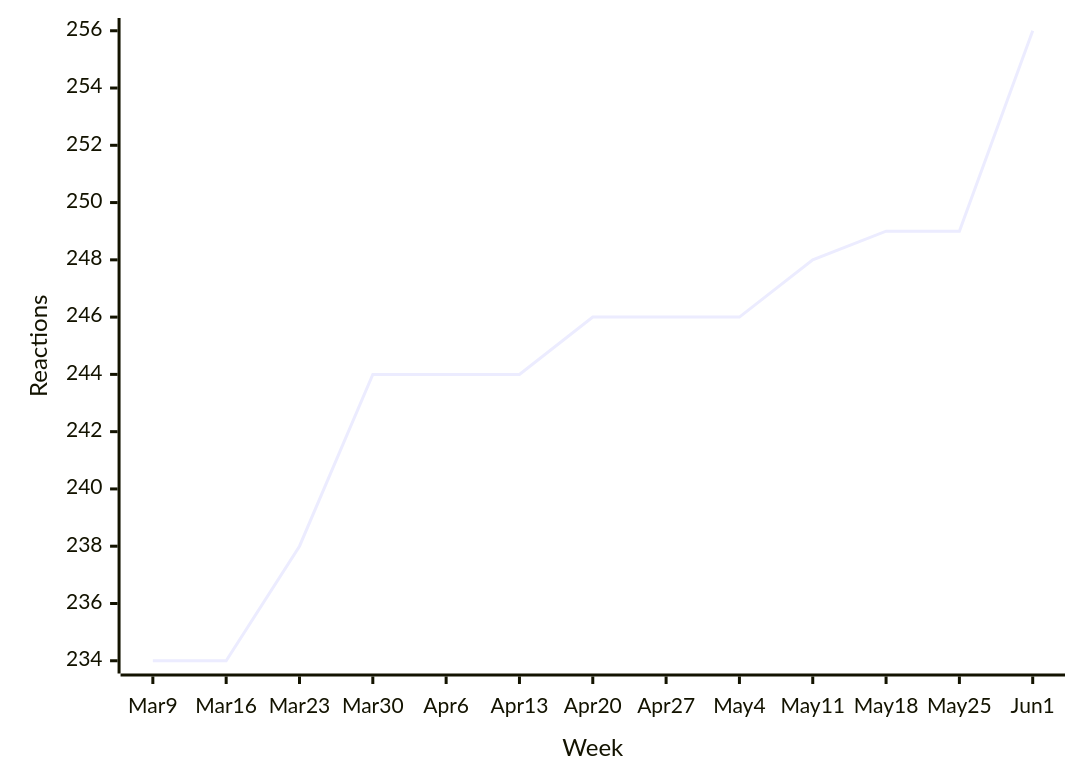
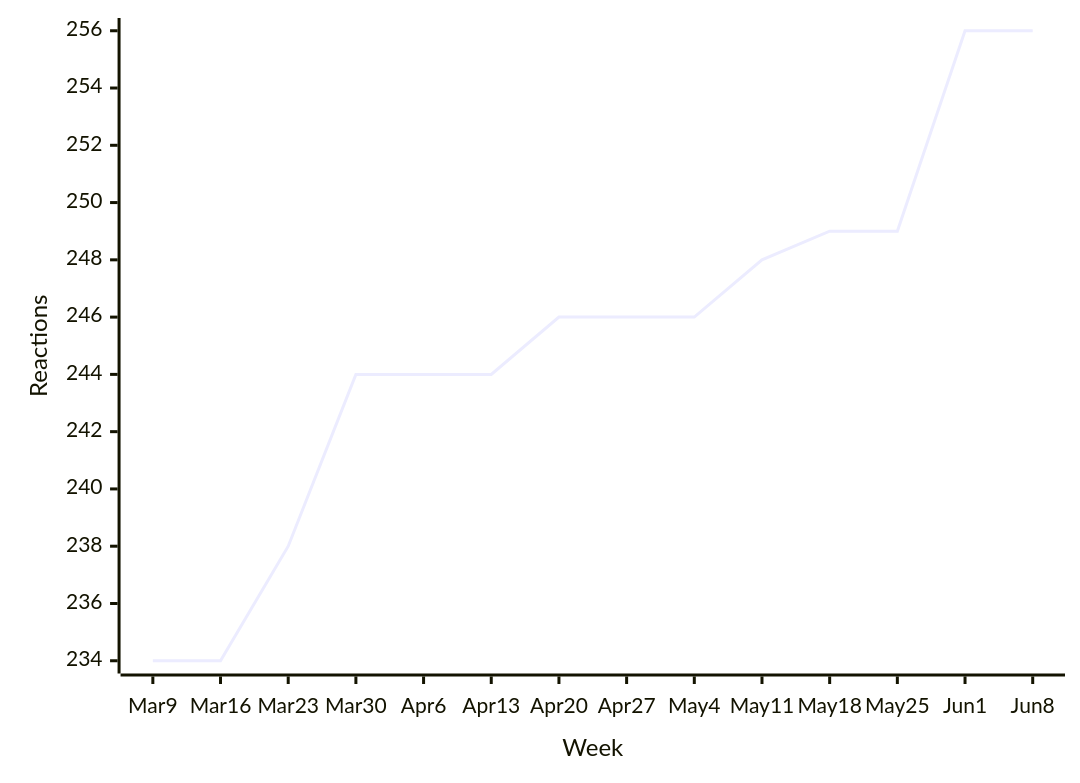
The sixth of 44 diagrams in README.md (loic-sharma/github-insights), drawn with Mermaid before and after one commit. The commit also changed other lines of this file and 3 other files, not shown here.

````diff
--- a/README.md
+++ b/README.md
@@ -424,6 +424,6 @@
   ```mermaid
   xychart-beta
-    x-axis "Week" [Mar 9, Mar 16, Mar 23, Mar 30, Apr 6, Apr 13, Apr 20, Apr 27, May 4, May 11, May 18, May 25, Jun 1]
+    x-axis "Week" [Mar 9, Mar 16, Mar 23, Mar 30, Apr 6, Apr 13, Apr 20, Apr 27, May 4, May 11, May 18, May 25, Jun 1, Jun 8]
     y-axis "Reactions"
-    line [234, 234, 238, 244, 244, 244, 246, 246, 246, 248, 249, 249, 256]
+    line [234, 234, 238, 244, 244, 244, 246, 246, 246, 248, 249, 249, 256, 256]
   ```
````
